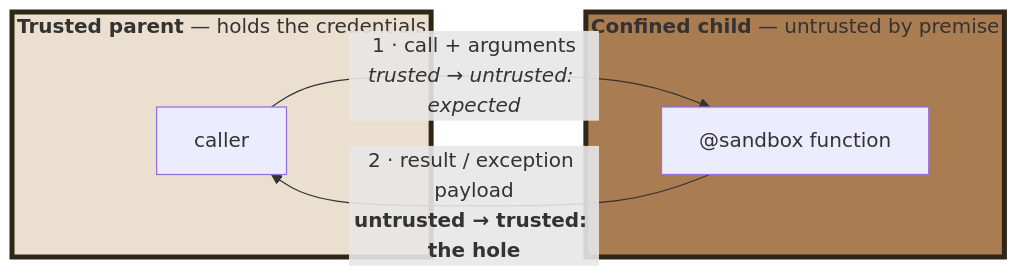
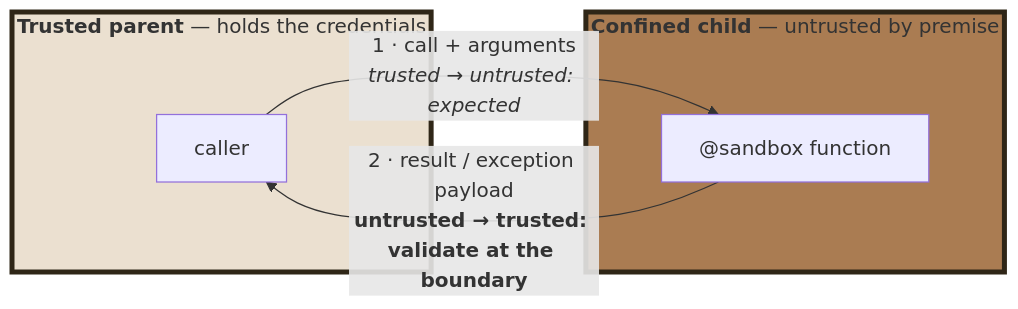
The seventh of 7 diagrams in research/confining-python-by-observation.md (pprados/pysandboxes), drawn with Mermaid before and after one commit. The commit also changed other lines of this file, not shown here.

````diff
--- a/research/confining-python-by-observation.md
+++ b/research/confining-python-by-observation.md
@@ -360,15 +361,15 @@
 ```mermaid
 %% caption: Across the IPC boundary, data flows outward while trust flows inward
 flowchart LR
     subgraph T["<b>Trusted parent</b> — holds the credentials"]
         P["caller"]
     end
     subgraph U["<b>Confined child</b> — untrusted by premise"]
         C["@sandbox function"]
     end
     P -- "1 · call + arguments<br/><i>trusted → untrusted: expected</i>" --> C
-    C -- "2 · result / exception payload<br/><b>untrusted → trusted: the hole</b>" --> P
+    C -- "2 · result / exception payload<br/><b>untrusted → trusted: validate at the boundary</b>" --> P
 
 style T fill:#ebe0d0,stroke:#2f2617,stroke-width:4px
 style U fill:#aa7c52,stroke:#2f2617,stroke-width:4px
 ```
````
